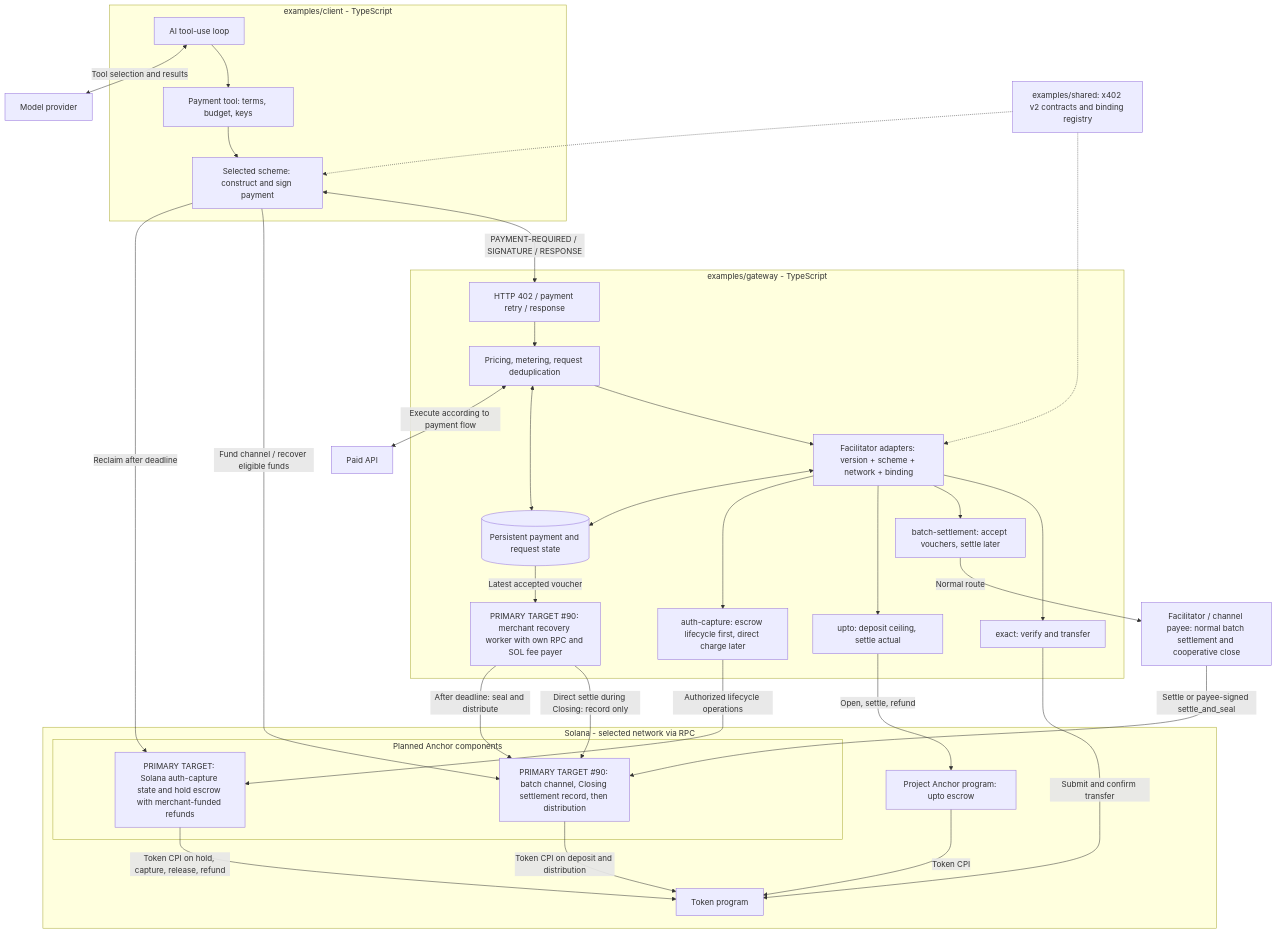
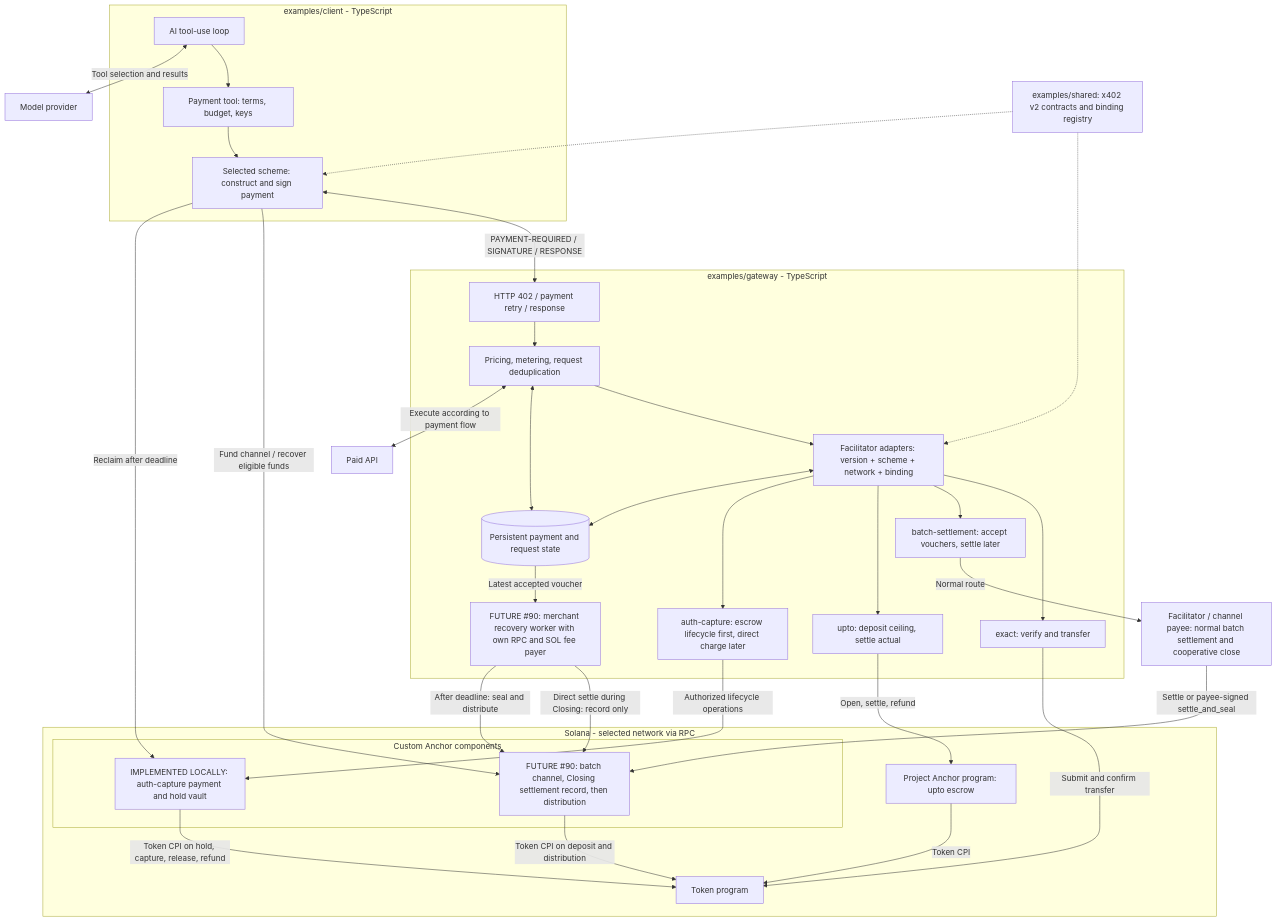
The first of 5 diagrams in docs/ARCHITECTURE.md (init-ikuya/x402-solana-demo), drawn with Mermaid before and after one commit. The commit also changed other lines of this file and 18 other files, not shown here.

Commit message:
Document auth-capture Demo Day flow and batch scope

````diff
--- a/docs/ARCHITECTURE.md
+++ b/docs/ARCHITECTURE.md
@@ -68,57 +76,57 @@
 ```mermaid
 flowchart TB
     subgraph Client["examples/client - TypeScript"]
         Agent["AI tool-use loop"]
         Tool["Payment tool: terms, budget, keys"]
         Builder["Selected scheme: construct and sign payment"]
         Agent --> Tool --> Builder
     end
     Model["Model provider"]
     Agent <-->|Tool selection and results| Model
     Shared["examples/shared: x402 v2 contracts and binding registry"]
     Shared -.-> Builder
     subgraph Server["examples/gateway - TypeScript"]
         HTTP["HTTP 402 / payment retry / response"]
         Coordinator["Pricing, metering, request deduplication"]
         Router["Facilitator adapters: version + scheme + network + binding"]
         Exact["exact: verify and transfer"]
         Batch["batch-settlement: accept vouchers, settle later"]
         Upto["upto: deposit ceiling, settle actual"]
         Capture["auth-capture: escrow lifecycle first, direct charge later"]
         Store[("Persistent payment and request state")]
-        Recovery["PRIMARY TARGET #90: merchant recovery worker with own RPC and SOL fee payer"]
+        Recovery["FUTURE #90: merchant recovery worker with own RPC and SOL fee payer"]
         HTTP --> Coordinator --> Router
         Router --> Exact
         Router --> Batch
         Router --> Upto
         Router --> Capture
         Coordinator <--> Store
         Router <--> Store
         Store -->|Latest accepted voucher| Recovery
     end
     Builder <-->|PAYMENT-REQUIRED / SIGNATURE / RESPONSE| HTTP
     Shared -.-> Router
     API["Paid API"]
     Facilitator["Facilitator / channel payee: normal batch settlement and cooperative close"]
     Coordinator <-->|Execute according to payment flow| API
     subgraph Chain["Solana - selected network via RPC"]
         Token["Token program"]
         UptoProgram["Project Anchor program: upto escrow"]
-        subgraph Custom["Planned Anchor components"]
-            Channel["PRIMARY TARGET #90: batch channel, Closing settlement record, then distribution"]
-            Hold["PRIMARY TARGET: Solana auth-capture state and hold escrow with merchant-funded refunds"]
+        subgraph Custom["Custom Anchor components"]
+            Channel["FUTURE #90: batch channel, Closing settlement record, then distribution"]
+            Hold["IMPLEMENTED LOCALLY: auth-capture payment and hold vault"]
         end
         UptoProgram -->|Token CPI| Token
         Channel -->|Token CPI on deposit and distribution| Token
         Hold -->|Token CPI on hold, capture, release, refund| Token
     end
     Exact -->|Submit and confirm transfer| Token
     Batch -->|Normal route| Facilitator
     Facilitator -->|Settle or payee-signed settle_and_seal| Channel
     Recovery -->|Direct settle during Closing: record only| Channel
     Recovery -->|After deadline: seal and distribute| Channel
     Upto -->|Open, settle, refund| UptoProgram
     Capture -->|Authorized lifecycle operations| Hold
     Builder -->|Fund channel / recover eligible funds| Channel
     Builder -->|Reclaim after deadline| Hold
 ```
````
